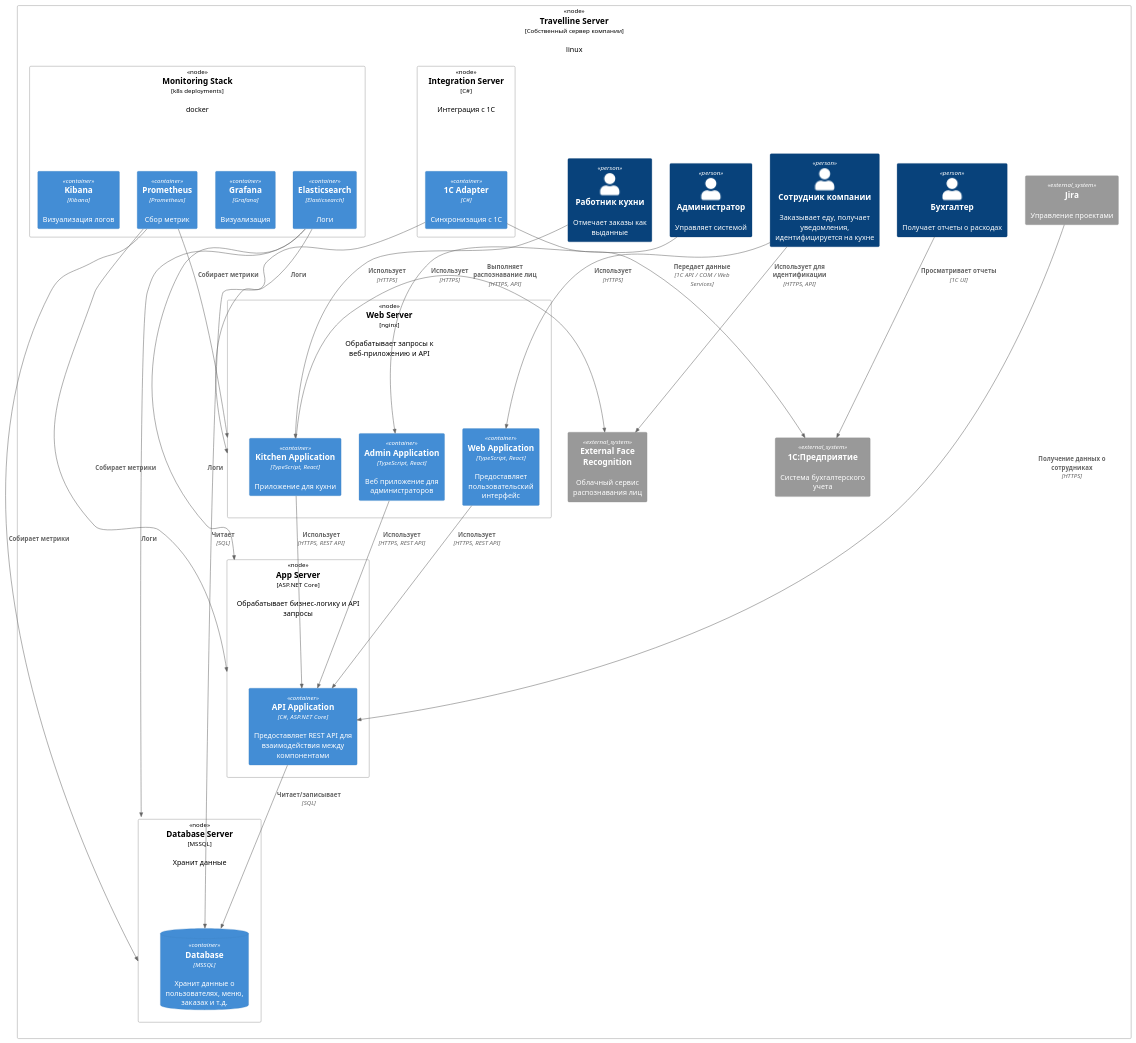
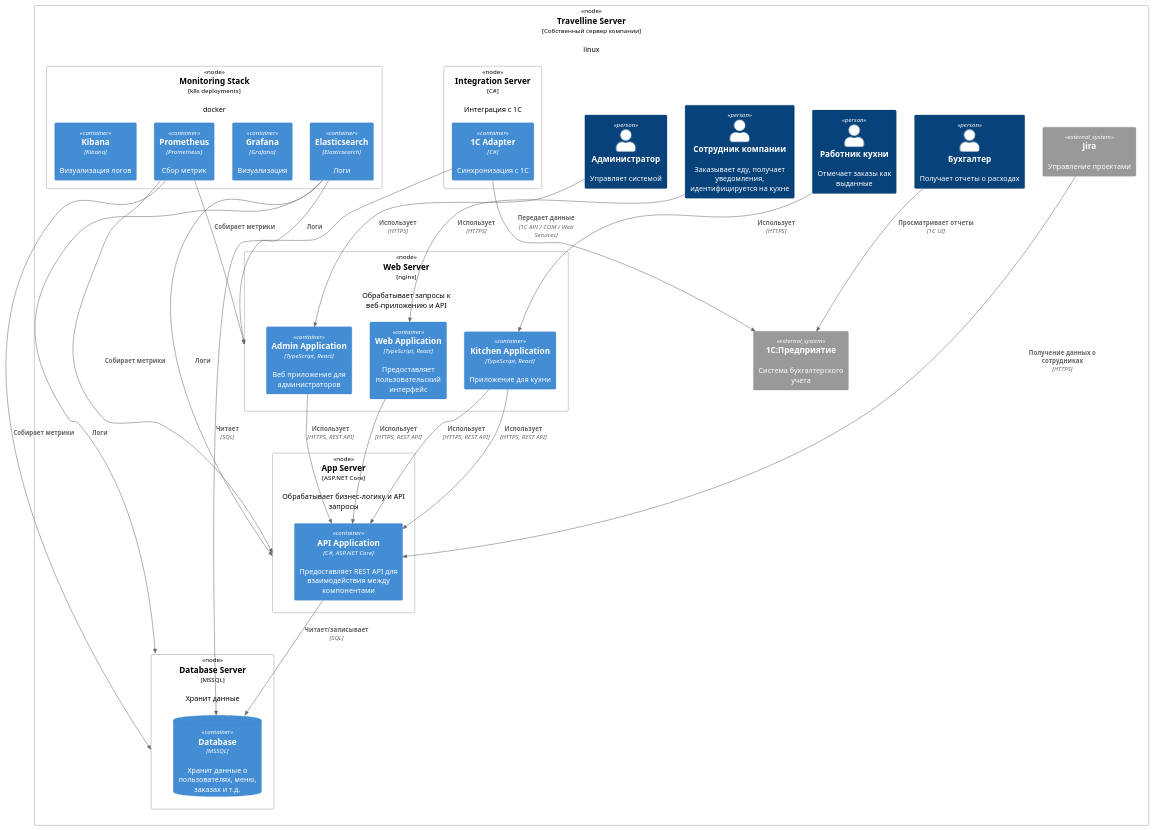
The diagram in C4/Infrastructure C4.md (GornikMaria/SoftwareProjectManagement), drawn with PlantUML before and after one commit. The commit also changed other lines of this file and 3 other files, not shown here.

Commit message:
Fixed Infrastructure C4 diagram

````diff
--- a/C4/Infrastructure C4.md
+++ b/C4/Infrastructure C4.md
@@ -1,70 +1,69 @@
 ```plantuml
 @startuml
 !include <c4/C4_Deployment>
 
 'Окружение
 Deployment_Node(travelline_server, "Travelline Server", "Собственный сервер компании", "linux") {
 
   together {
     Person(employee, "Сотрудник компании", "Заказывает еду, получает уведомления, идентифицируется на кухне")
     Person(cook, "Работник кухни", "Отмечает заказы как выданные")
     Person(admin, "Администратор", "Управляет системой")
     Person(accountant, "Бухгалтер", "Получает отчеты о расходах")
     System_Ext(one_c, "1С:Предприятие", "Система бухгалтерского учета")
     System_Ext(jira, "Jira", "Управление проектами")
-    System_Ext(face_recognition_external, "External Face Recognition", "Облачный сервис распознавания лиц")
   }
 
   ' Контейнеры
   Deployment_Node(web_server, "Web Server", "nginx", "Обрабатывает запросы к веб-приложению и API") {
     Container(web_app, "Web Application", "TypeScript, React", "Предоставляет пользовательский интерфейс")
     Container(kitchen_app, "Kitchen Application", "TypeScript, React", "Приложение для кухни")
-     Container(admin_app, "Admin Application", "TypeScript, React", "Веб приложение для администраторов")
+    Container(admin_app, "Admin Application", "TypeScript, React", "Веб приложение для администраторов")
     Rel(employee, web_app, "Использует", "HTTPS")
     Rel(cook, kitchen_app, "Использует", "HTTPS")
     Rel(admin, admin_app, "Использует", "HTTPS")
-    Rel(employee, face_recognition_external, "Использует для идентификации", "HTTPS, API")
   }
 
     Deployment_Node(app_server, "App Server", "ASP.NET Core", "Обрабатывает бизнес-логику и API запросы"){
         Container(api, "API Application", "C#, ASP.NET Core", "Предоставляет REST API для взаимодействия между компонентами")
            Rel(web_app, api, "Использует", "HTTPS, REST API")
             Rel(kitchen_app, api, "Использует", "HTTPS, REST API")
           Rel(admin_app, api, "Использует", "HTTPS, REST API")
             Rel(jira, api, "Получение данных о сотрудниках", "HTTPS")
+           Rel(kitchen_app, api, "Использует", "HTTPS, REST API")
 
     }
 
-   Rel(kitchen_app, face_recognition_external, "Выполняет распознавание лиц", "HTTPS, API")
+
 
   Deployment_Node(db_server, "Database Server", "MSSQL", "Хранит данные") {
     ContainerDb(database, "Database", "MSSQL", "Хранит данные о пользователях, меню, заказах и т.д.")
           Rel(api, database, "Читает/записывает", "SQL")
   }
 
 
    Deployment_Node(integration_server, "Integration Server", "С#", "Интеграция с 1С"){
          Container(adapter_1c, "1C Adapter", "С#", "Синхронизация с 1C")
           Rel(adapter_1c, database, "Читает", "SQL")
          Rel(adapter_1c, one_c, "Передает данные", "1C API / COM / Web Services")
           Rel(accountant, one_c, "Просматривает отчеты", "1С UI")
     }
-  ' Rel(api, elastic, "Логирует", "Logstash") ' Добавляем связь для Elasticsearch
+
 
     Deployment_Node(monitoring, "Monitoring Stack", "k8s deployments", "docker"){
           Container(prometheus, "Prometheus", "Prometheus", "Сбор метрик")
             Container(grafana, "Grafana", "Grafana", "Визуализация")
               Container(elastic, "Elasticsearch", "Elasticsearch", "Логи")
                Container(kibana, "Kibana", "Kibana", "Визуализация логов")
              Rel(prometheus, app_server, "Собирает метрики", "")
               Rel(prometheus, db_server, "Собирает метрики", "")
              Rel(prometheus, web_server, "Собирает метрики", "")
                 Rel(elastic, app_server, "Логи", "")
          Rel(elastic, db_server, "Логи", "")
          Rel(elastic, web_server, "Логи", "")
 
         }
 
 }
 @enduml
 ```
````
